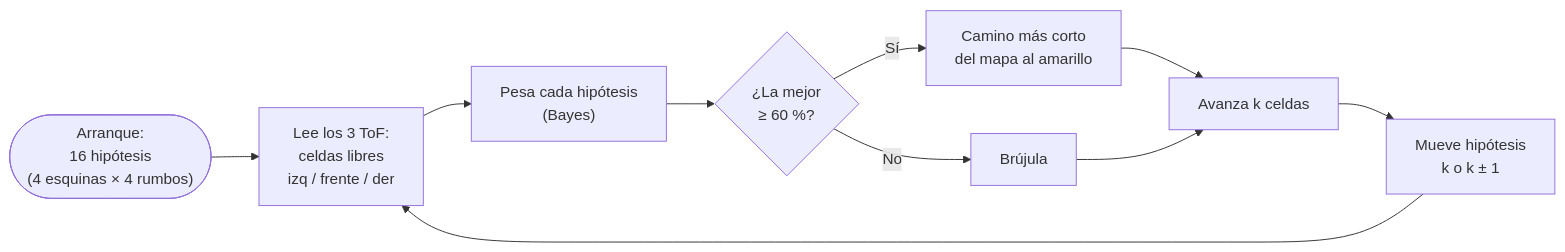
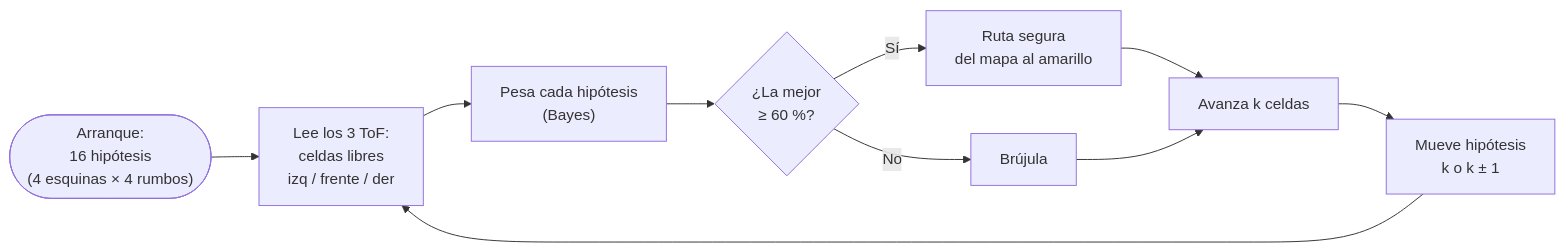
The fourth of 5 diagrams in docs/manual_tecnico.md (Happenedspice17/sumo-v-ia), drawn with Mermaid before and after one commit. The commit also changed other lines of this file and 1 other file, not shown here.

````diff
--- a/docs/manual_tecnico.md
+++ b/docs/manual_tecnico.md
@@ -434,12 +434,12 @@
 ```mermaid
 flowchart LR
   A(["Arranque:<br/>16 hipótesis<br/>(4 esquinas × 4 rumbos)"]) --> B["Lee los 3 ToF:<br/>celdas libres<br/>izq / frente / der"]
   B --> C["Pesa cada hipótesis<br/>(Bayes)"]
   C --> D{"¿La mejor<br/>≥ 60 %?"}
-  D -- Sí --> E["Camino más corto<br/>del mapa al amarillo"]
+  D -- Sí --> E["Ruta segura<br/>del mapa al amarillo"]
   D -- No --> F["Brújula"]
   E --> G["Avanza k celdas"]
   F --> G
   G --> H["Mueve hipótesis<br/>k o k ± 1"]
   H --> B
 ```
````
